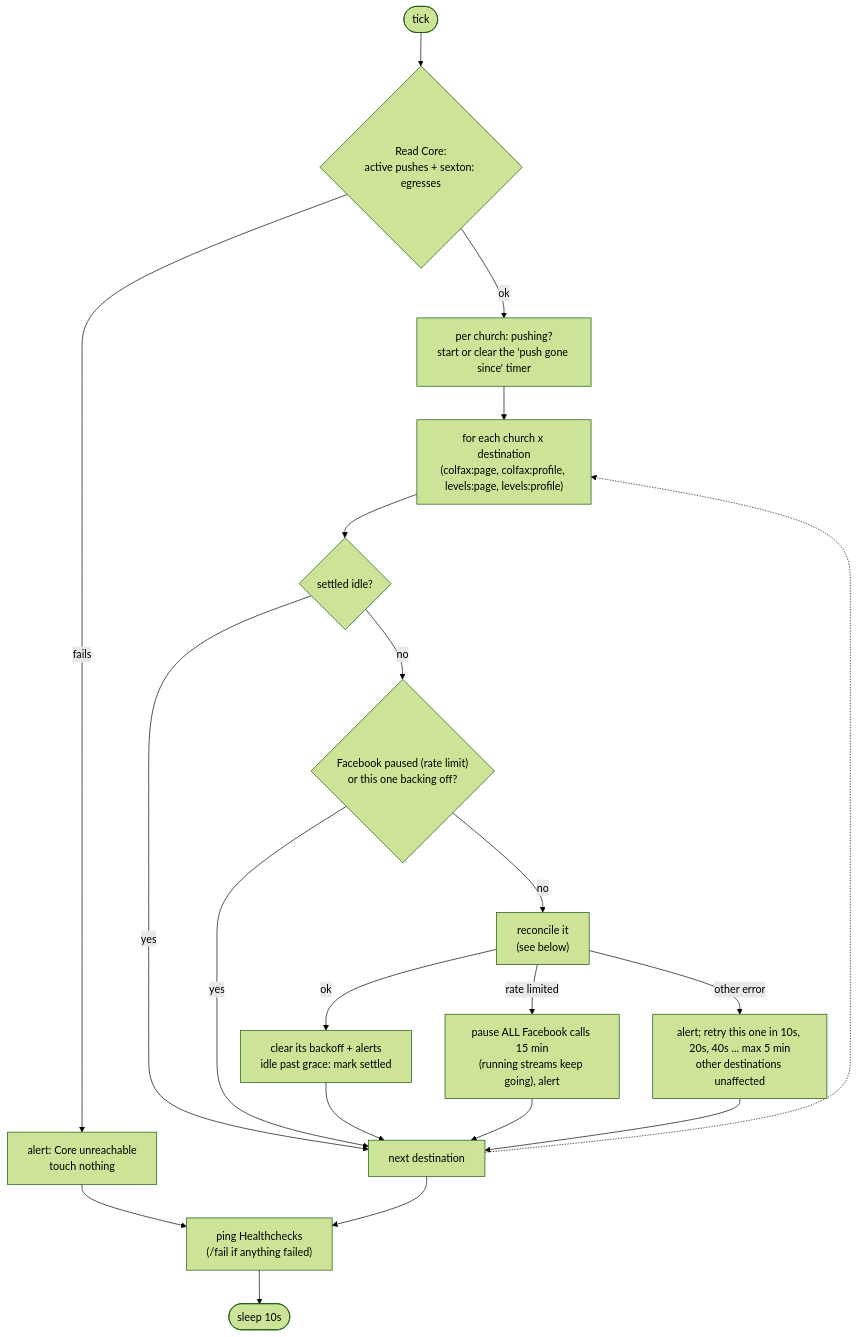
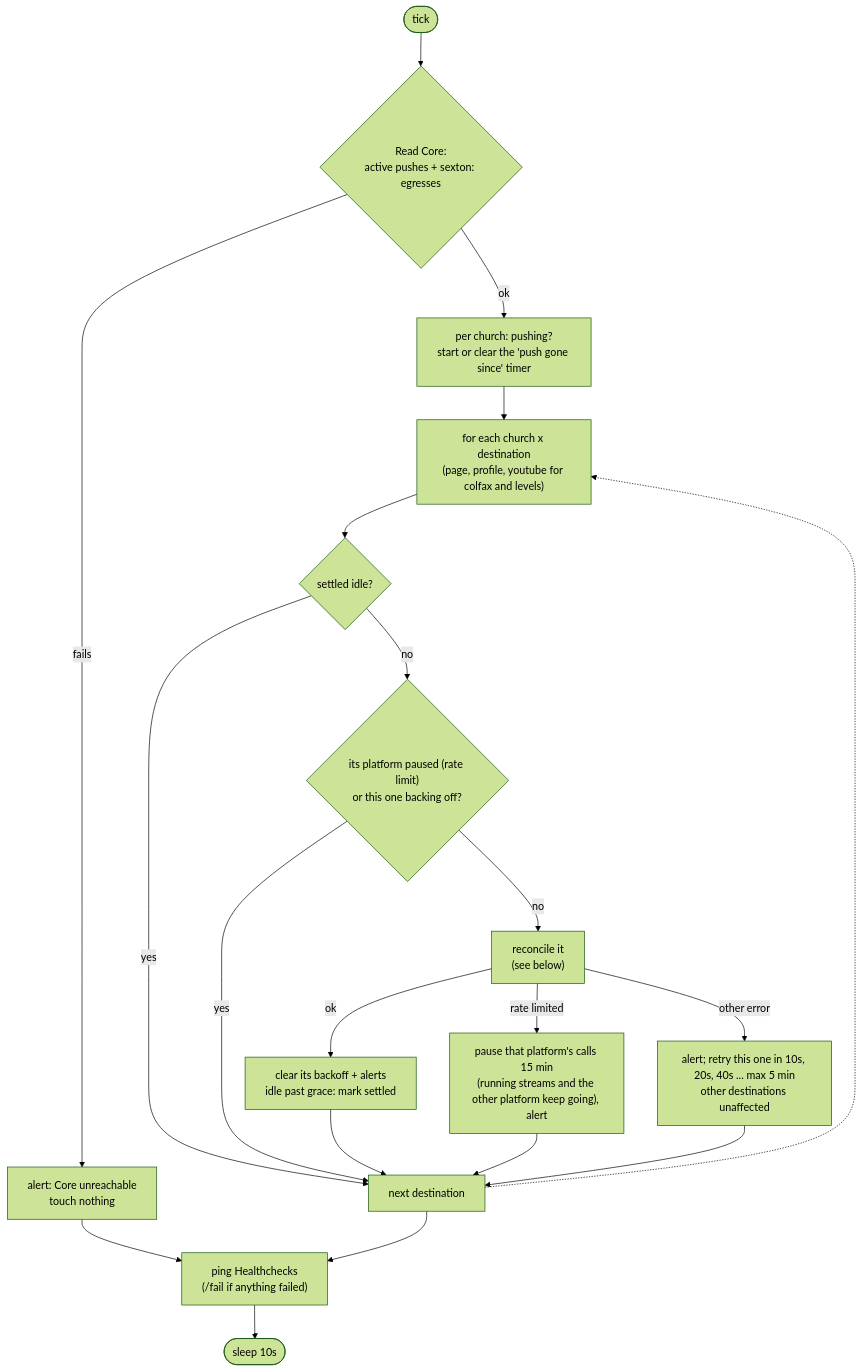
Before and after one commit to jpschafer/ministry-automation: the second of 3 diagrams in sexton/README.md, drawn with Mermaid (forest theme). The commit also changed other lines of this file and 13 other files, not shown here.

````diff
--- a/sexton/README.md
+++ b/sexton/README.md
@@ -67,17 +71,17 @@
 ```mermaid
 flowchart TD
     T([tick]) --> C{"Read Core:<br/>active pushes + sexton: egresses"}
     C -- fails --> CA["alert: Core unreachable<br/>touch nothing"] --> W
     C -- ok --> P["per church: pushing?<br/>start or clear the 'push gone since' timer"]
-    P --> D["for each church x destination<br/>(colfax:page, colfax:profile, levels:page, levels:profile)"]
+    P --> D["for each church x destination<br/>(page, profile, youtube for colfax and levels)"]
     D --> S{settled idle?}
     S -- yes --> NEXT
-    S -- no --> B{"Facebook paused (rate limit)<br/>or this one backing off?"}
+    S -- no --> B{"its platform paused (rate limit)<br/>or this one backing off?"}
     B -- yes --> NEXT
     B -- no --> R["reconcile it<br/>(see below)"]
     R -- ok --> OK["clear its backoff + alerts<br/>idle past grace: mark settled"] --> NEXT
-    R -- rate limited --> RL["pause ALL Facebook calls 15 min<br/>(running streams keep going), alert"] --> NEXT
+    R -- rate limited --> RL["pause that platform's calls 15 min<br/>(running streams and the other platform keep going), alert"] --> NEXT
     R -- other error --> E["alert; retry this one in 10s, 20s, 40s ... max 5 min<br/>other destinations unaffected"] --> NEXT
     NEXT[next destination] -.-> D
     NEXT --> W["ping Healthchecks<br/>(/fail if anything failed)"] --> Z([sleep 10s])
 ```
````
